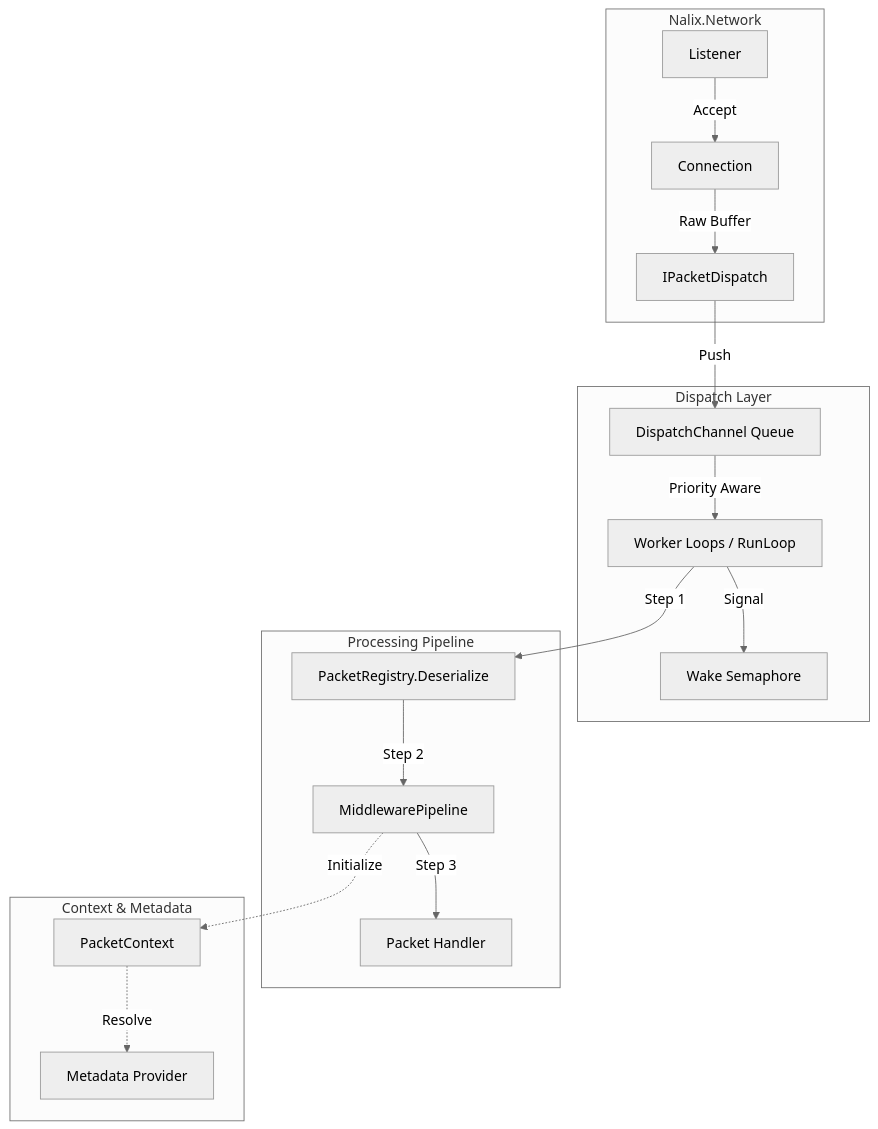
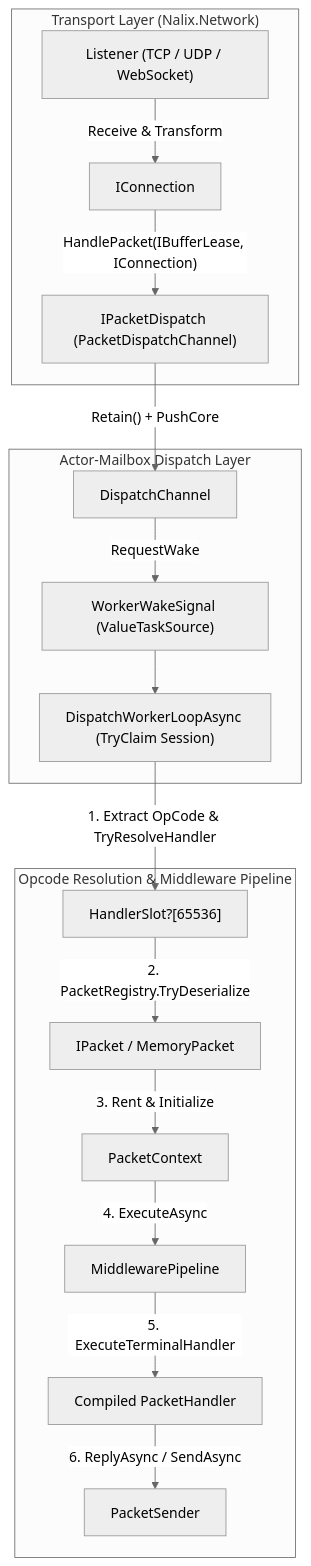
The diagram in src/content/docs/en-us/api/runtime/index.md (ppn-systems/nalix-docs), drawn with Mermaid (neutral theme) before and after one commit. The commit also changed other lines of this file and 180 other files, not shown here.

Commit message:
docs: complete 11-round source-code parity refactor, missing API docs, and UX/SEO enhancements

````diff
--- a/src/content/docs/en-us/api/runtime/index.md
+++ b/src/content/docs/en-us/api/runtime/index.md
@@ -14,24 +15,22 @@
 ```mermaid
 flowchart TD
-    subgraph Network[Nalix.Network]
-        L[Listener] -->|Accept| C[Connection]
-        C -->|Raw Buffer| D[IPacketDispatch]
+    subgraph Network["Transport Layer (Nalix.Network)"]
+        L["Listener (TCP / UDP / WebSocket)"] -->|Receive & Transform| C["IConnection"]
+        C -->|"HandlePacket(IBufferLease, IConnection)"| D["IPacketDispatch (PacketDispatchChannel)"]
     end
 
-    subgraph Channel[Dispatch Layer]
-        D -->|Push| Q[DispatchChannel Queue]
-        Q -->|Priority Aware| WL[Worker Loops / RunLoop]
-        WL -->|Signal| Wake[Wake Semaphore]
+    subgraph Channel["Actor-Mailbox Dispatch Layer"]
+        D -->|"Retain() + PushCore"| Q["DispatchChannel<IPacket>"]
+        Q -->|RequestWake| Wake["WorkerWakeSignal (ValueTaskSource)"]
+        Wake --> WL["DispatchWorkerLoopAsync (TryClaim Session)"]
     end
 
-    subgraph Pipeline[Processing Pipeline]
-        WL -->|Step 1| Des[PacketRegistry.Deserialize]
-        Des -->|Step 2| PM[MiddlewarePipeline]
-        PM -->|Step 3| H[Packet Handler]
-    end
-
-    subgraph State[Context & Metadata]
-        PM -.->|Initialize|Ctx[PacketContext]
-        Ctx -.->|Resolve| Meta[Metadata Provider]
+    subgraph Pipeline["Opcode Resolution & Middleware Pipeline"]
+        WL -->|"1. Extract OpCode & TryResolveHandler"| HSlot["HandlerSlot?[65536]"]
+        HSlot -->|"2. PacketRegistry.TryDeserialize"| Des["IPacket / MemoryPacket"]
+        Des -->|"3. Rent & Initialize"| Ctx["PacketContext<IPacket>"]
+        Ctx -->|"4. ExecuteAsync"| PM["MiddlewarePipeline<IPacket>"]
+        PM -->|"5. ExecuteTerminalHandler"| H["Compiled PacketHandler<IPacket>"]
+        H -->|"6. ReplyAsync / SendAsync"| Snd["PacketSender"]
     end
 ```
````
